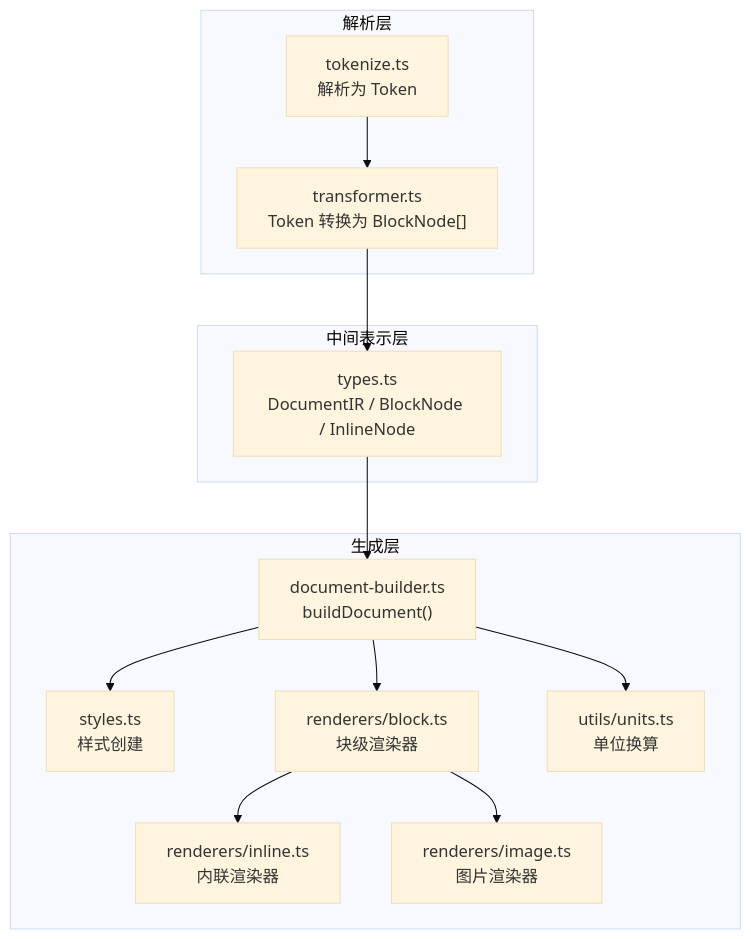
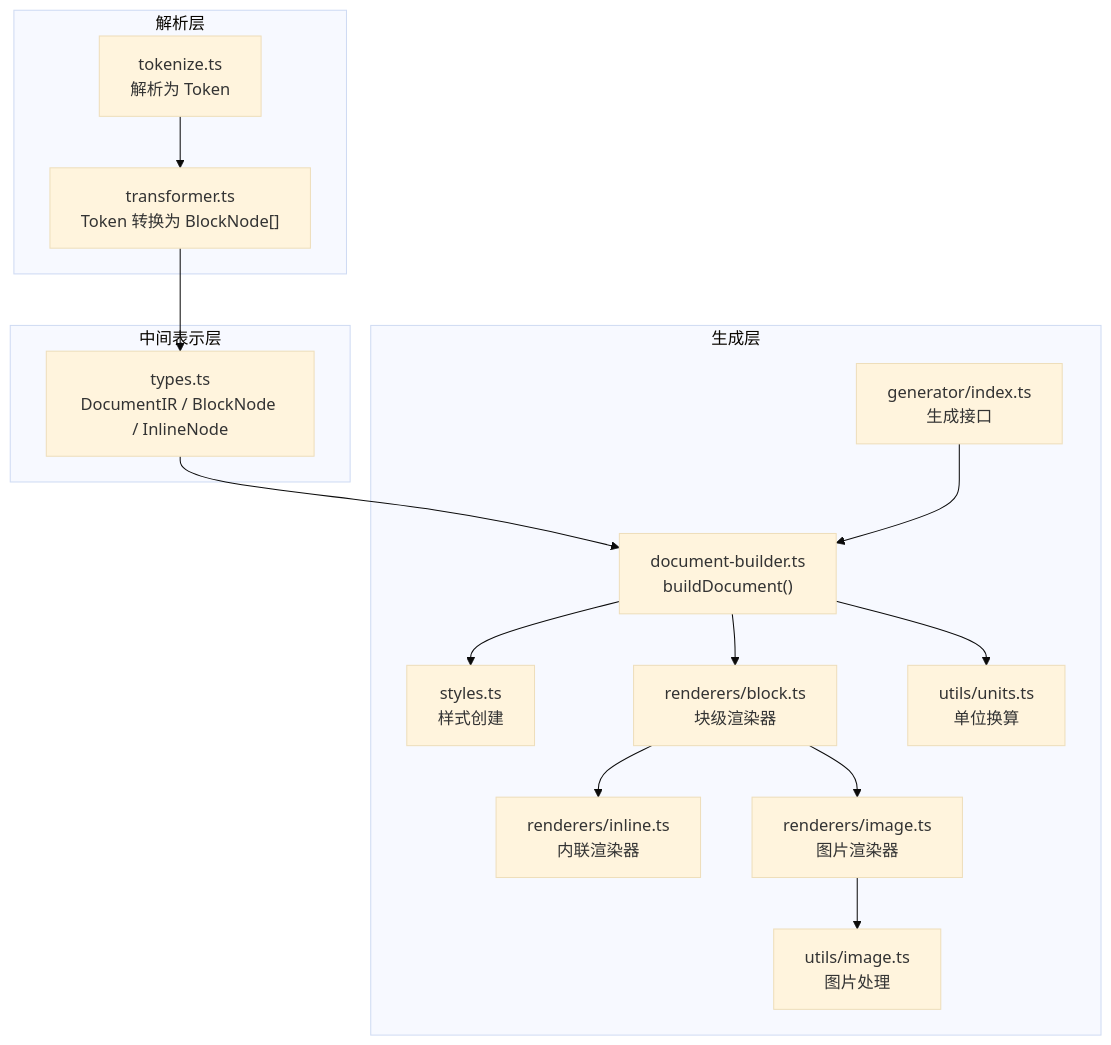
The first of 6 diagrams in .lingma/repowiki/zh/content/开发指南/核心模块详解/生成器模块/文档构建器.md (wanwushelie/markdown-to-word-studio), drawn with Mermaid (base theme) before and after one commit. The commit also changed other lines of this file and 7 other files, not shown here.

````diff
--- a/.lingma/repowiki/zh/content/开发指南/核心模块详解/生成器模块/文档构建器.md
+++ b/.lingma/repowiki/zh/content/开发指南/核心模块详解/生成器模块/文档构建器.md
@@ -46,25 +59,29 @@
 ```mermaid
 graph TB
 subgraph "解析层"
 T["tokenize.ts<br/>解析为 Token"]
 TR["transformer.ts<br/>Token 转换为 BlockNode[]"]
 end
 subgraph "中间表示层"
 IR["types.ts<br/>DocumentIR / BlockNode / InlineNode"]
 end
 subgraph "生成层"
 DB["document-builder.ts<br/>buildDocument()"]
 ST["styles.ts<br/>样式创建"]
 BR["renderers/block.ts<br/>块级渲染器"]
 IRN["renderers/inline.ts<br/>内联渲染器"]
 IMG["renderers/image.ts<br/>图片渲染器"]
 UN["utils/units.ts<br/>单位换算"]
+IM["utils/image.ts<br/>图片处理"]
+GEN["generator/index.ts<br/>生成接口"]
 end
 T --> TR --> IR
 IR --> DB
 DB --> ST
 DB --> BR
 BR --> IRN
 BR --> IMG
 DB --> UN
+IMG --> IM
+GEN --> DB
 ```
````
